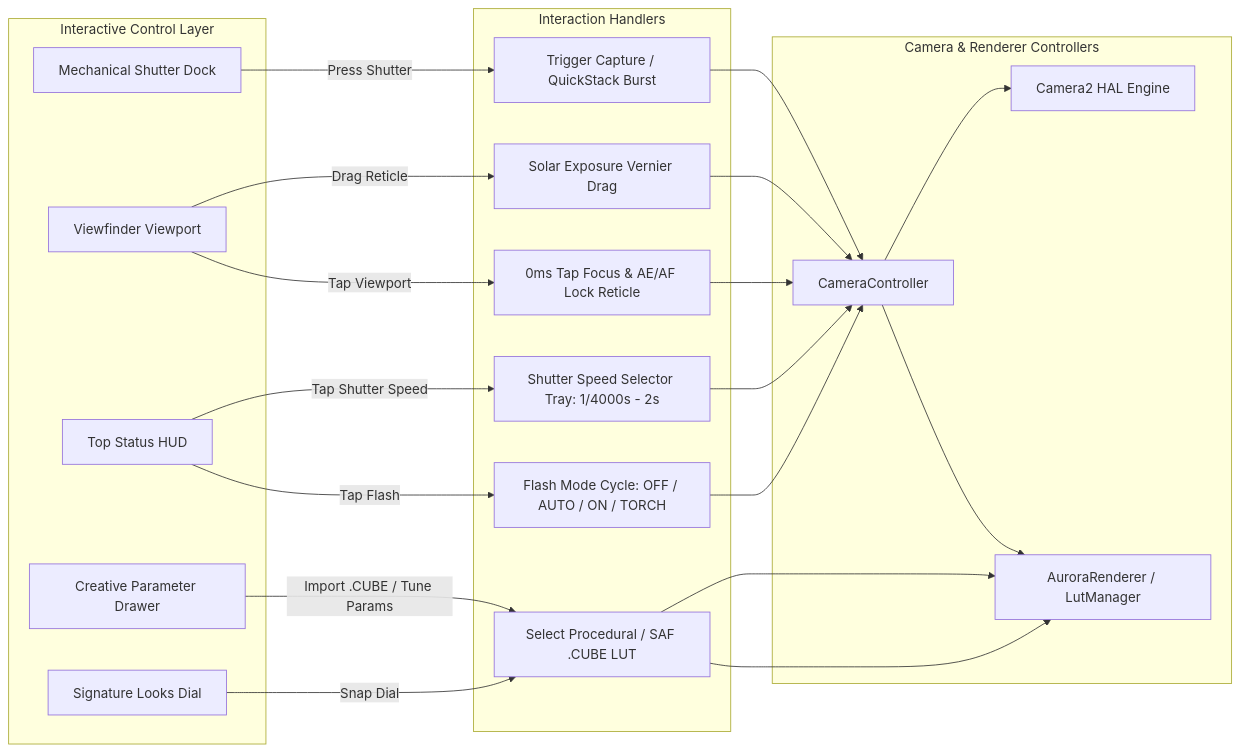
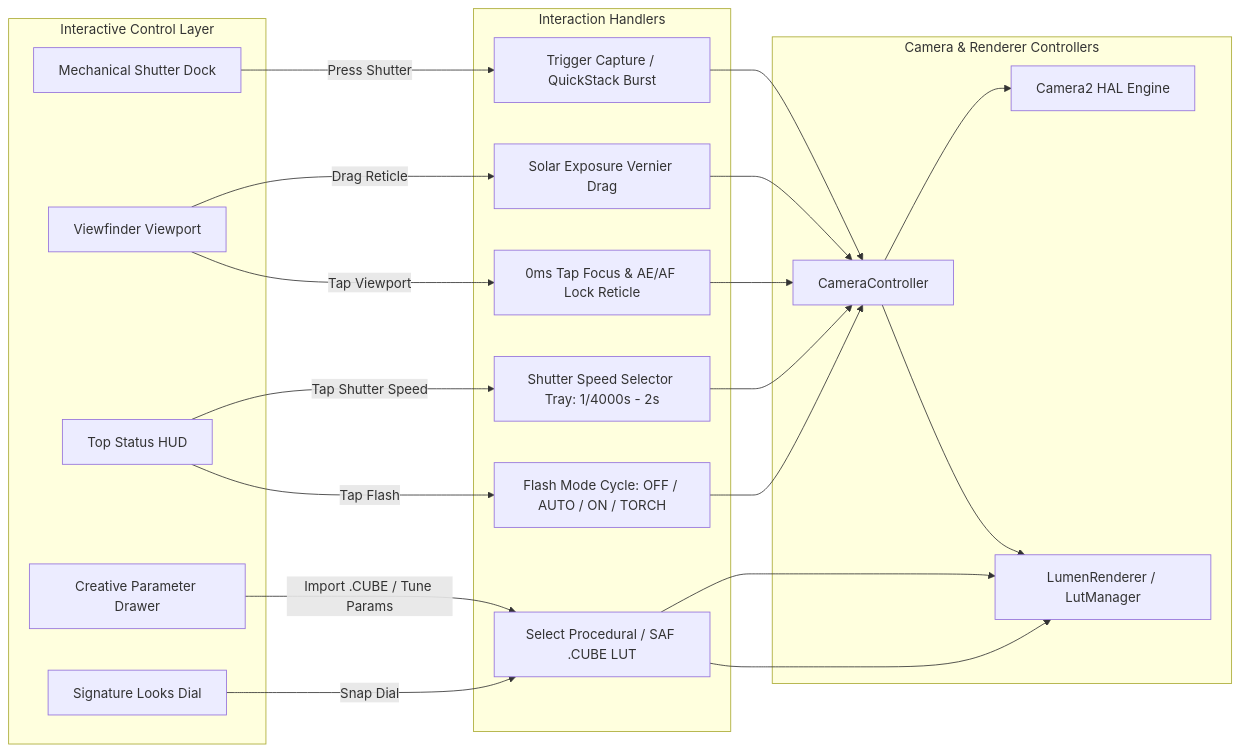
Before and after one commit to varun2507027108-oss/LUMEN-cam: the second of 2 diagrams in README.md, drawn with Mermaid. The commit also changed other lines of this file and 17 other files, not shown here.

First line of the commit message:
Rename AuroraCam to Lumen + new logo + hardening pass summary

````diff
--- a/README.md
+++ b/README.md
@@ -101,36 +101,36 @@
 ```mermaid
 graph LR
     subgraph User_Touch_Surface [Interactive Control Layer]
         HUD[Top Status HUD]
         Viewfinder[Viewfinder Viewport]
         Dial[Signature Looks Dial]
         Shutter[Mechanical Shutter Dock]
         Sheet[Creative Parameter Drawer]
     end
 
     subgraph Actions [Interaction Handlers]
         FlashToggle[Flash Mode Cycle: OFF / AUTO / ON / TORCH]
         ShutterTray[Shutter Speed Selector Tray: 1/4000s - 2s]
         FocusLock[0ms Tap Focus & AE/AF Lock Reticle]
         VernierDrag[Solar Exposure Vernier Drag]
         LutSelect[Select Procedural / SAF .CUBE LUT]
         BurstTrigger[Trigger Capture / QuickStack Burst]
     end
 
     subgraph Camera_Engine [Camera & Renderer Controllers]
         CamCtrl[CameraController]
         Cam2HAL[Camera2 HAL Engine]
-        GLRender[AuroraRenderer / LutManager]
+        GLRender[LumenRenderer / LutManager]
     end
 
     HUD -->|Tap Flash| FlashToggle --> CamCtrl
     HUD -->|Tap Shutter Speed| ShutterTray --> CamCtrl
     Viewfinder -->|Tap Viewport| FocusLock --> CamCtrl
     Viewfinder -->|Drag Reticle| VernierDrag --> CamCtrl
     Dial -->|Snap Dial| LutSelect --> GLRender
     Sheet -->|Import .CUBE / Tune Params| LutSelect --> GLRender
     Shutter -->|Press Shutter| BurstTrigger --> CamCtrl
 
     CamCtrl --> Cam2HAL
     CamCtrl --> GLRender
 ```
````
